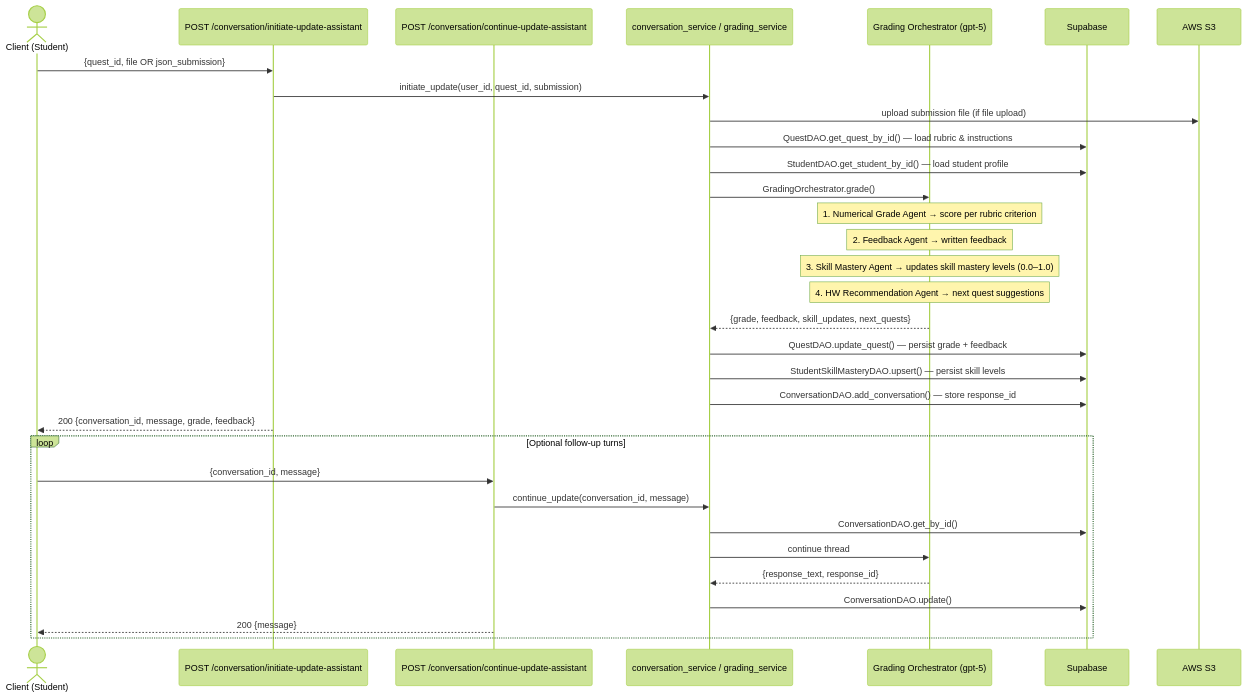
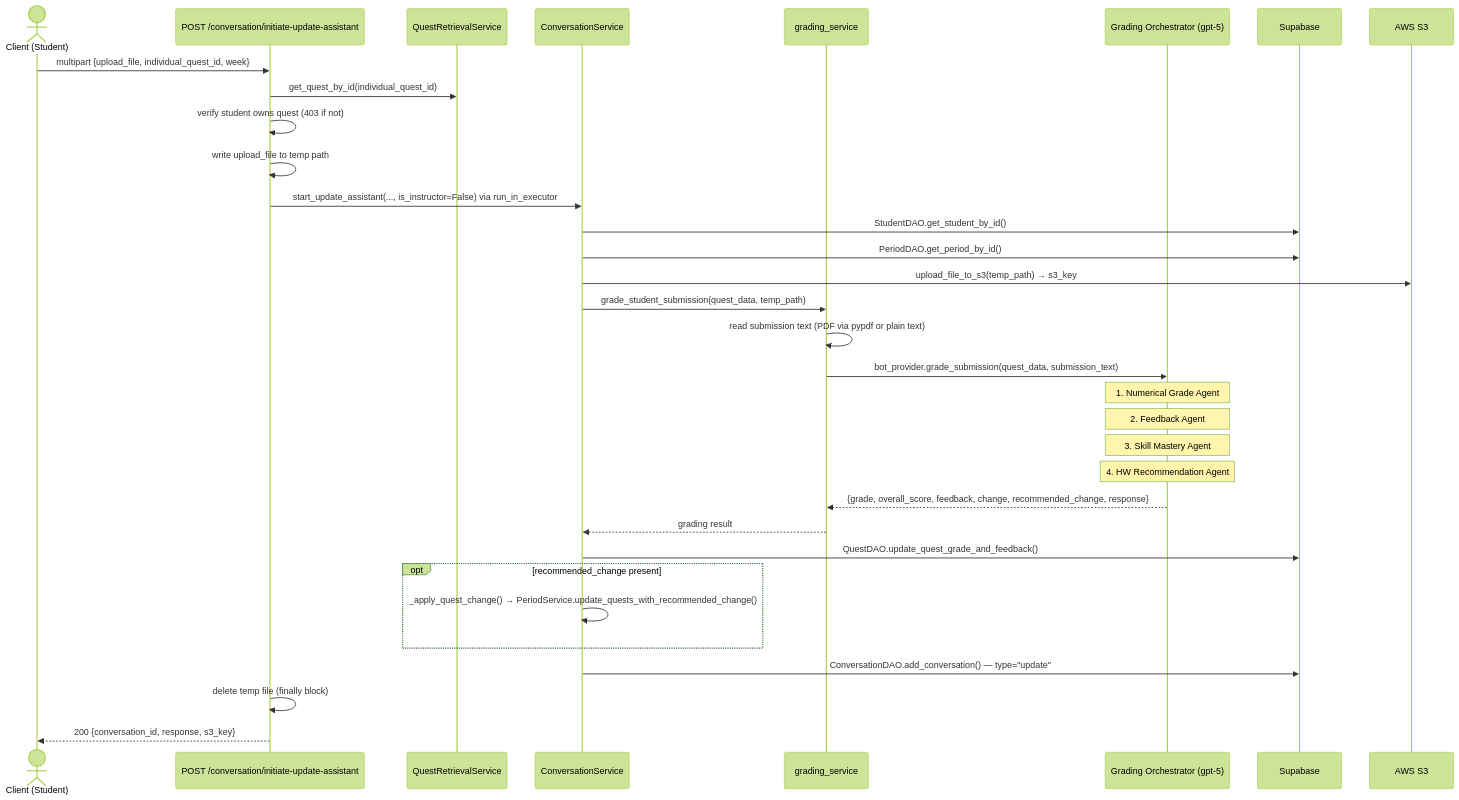
The eighth of 31 diagrams in ARCHITECTURE.md (EduQuest-AI-Inc/eduquest-backend), drawn with Mermaid (forest theme) before and after one commit. The commit also changed other lines of this file and 8 other files, not shown here.

````diff
--- a/ARCHITECTURE.md
+++ b/ARCHITECTURE.md
@@ -248,36 +336,36 @@
 ```mermaid
 sequenceDiagram
     actor C as Client (Student)
-    participant R1 as POST /conversation/initiate-update-assistant
-    participant R2 as POST /conversation/continue-update-assistant
-    participant S as conversation_service / grading_service
+    participant R as POST /conversation/initiate-update-assistant
+    participant QRS as QuestRetrievalService
+    participant S as ConversationService
+    participant GS as grading_service
     participant AI as Grading Orchestrator (gpt-5)
     participant DB as Supabase
     participant S3 as AWS S3
 
-    C->>R1: {quest_id, file OR json_submission}
-    R1->>S: initiate_update(user_id, quest_id, submission)
-    S->>S3: upload submission file (if file upload)
-    S->>DB: QuestDAO.get_quest_by_id()  — load rubric & instructions
-    S->>DB: StudentDAO.get_student_by_id()  — load student profile
-    S->>AI: GradingOrchestrator.grade()
-    Note over AI: 1. Numerical Grade Agent  → score per rubric criterion
-    Note over AI: 2. Feedback Agent         → written feedback
-    Note over AI: 3. Skill Mastery Agent    → updates skill mastery levels (0.0–1.0)
-    Note over AI: 4. HW Recommendation Agent → next quest suggestions
-    AI-->>S: {grade, feedback, skill_updates, next_quests}
-    S->>DB: QuestDAO.update_quest()  — persist grade + feedback
-    S->>DB: StudentSkillMasteryDAO.upsert()  — persist skill levels
-    S->>DB: ConversationDAO.add_conversation()  — store response_id
-    R1-->>C: 200  {conversation_id, message, grade, feedback}
-
-    loop Optional follow-up turns
-        C->>R2: {conversation_id, message}
-        R2->>S: continue_update(conversation_id, message)
-        S->>DB: ConversationDAO.get_by_id()
-        S->>AI: continue thread
-        AI-->>S: {response_text, response_id}
-        S->>DB: ConversationDAO.update()
-        R2-->>C: 200  {message}
+    C->>R: multipart {upload_file, individual_quest_id, week}
+    R->>QRS: get_quest_by_id(individual_quest_id)
+    R->>R: verify student owns quest (403 if not)
+    R->>R: write upload_file to temp path
+    R->>S: start_update_assistant(..., is_instructor=False) via run_in_executor
+    S->>DB: StudentDAO.get_student_by_id()
+    S->>DB: PeriodDAO.get_period_by_id()
+    S->>S3: upload_file_to_s3(temp_path) → s3_key
+    S->>GS: grade_student_submission(quest_data, temp_path)
+    GS->>GS: read submission text (PDF via pypdf or plain text)
+    GS->>AI: bot_provider.grade_submission(quest_data, submission_text)
+    Note over AI: 1. Numerical Grade Agent
+    Note over AI: 2. Feedback Agent
+    Note over AI: 3. Skill Mastery Agent
+    Note over AI: 4. HW Recommendation Agent
+    AI-->>GS: {grade, overall_score, feedback, change, recommended_change, response}
+    GS-->>S: grading result
+    S->>DB: QuestDAO.update_quest_grade_and_feedback()
+    opt recommended_change present
+        S->>S: _apply_quest_change() → PeriodService.update_quests_with_recommended_change()
     end
+    S->>DB: ConversationDAO.add_conversation() — type="update"
+    R->>R: delete temp file (finally block)
+    R-->>C: 200 {conversation_id, response, s3_key}
 ```
````
